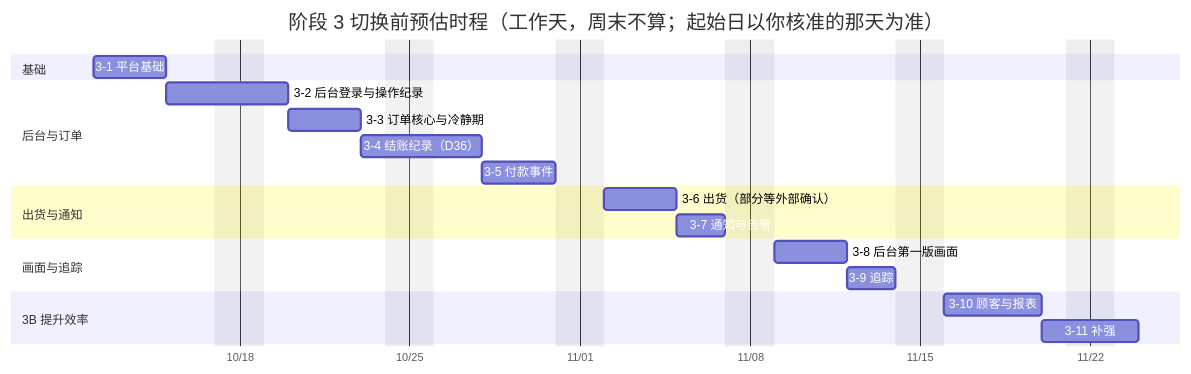
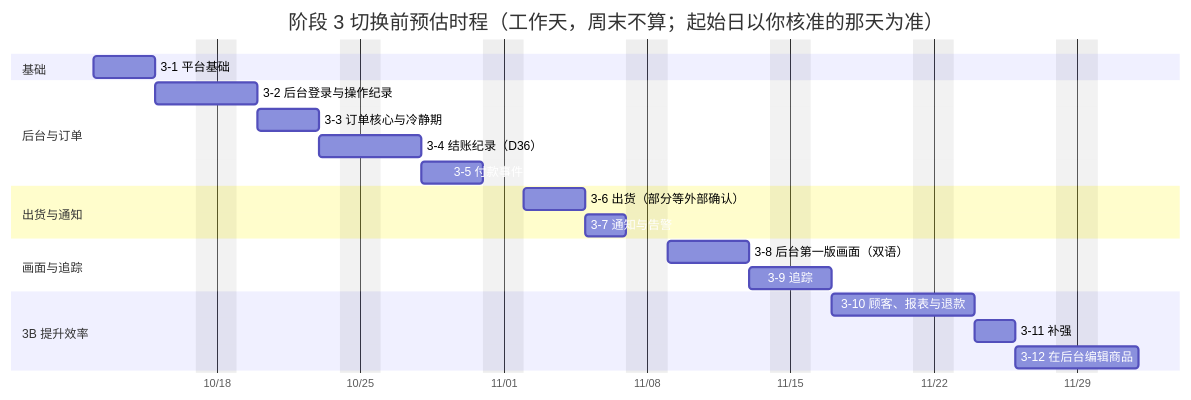
Before and after one commit to WADEYEH/shopapgo: the sixth of 6 diagrams in docs/design/phase3-plan.md, drawn with Mermaid. The commit also changed other lines of this file and 4 other files, not shown here.

````diff
--- a/docs/design/phase3-plan.md
+++ b/docs/design/phase3-plan.md
@@ -354,23 +359,24 @@
 ```mermaid
 gantt
   title 阶段 3 切换前预估时程（工作天，周末不算；起始日以你核准的那天为准）
   dateFormat YYYY-MM-DD
   axisFormat %m/%d
   excludes weekends
   section 基础
   3-1 平台基础             :p1, 2026-10-12, 3d
   section 后台与订单
   3-2 后台登录与操作纪录     :p2, after p1, 3d
   3-3 订单核心与冷静期       :p3, after p2, 3d
   3-4 结账纪录（D36）        :p4, after p3, 3d
   3-5 付款事件              :p5, after p4, 3d
   section 出货与通知
   3-6 出货（部分等外部确认）  :p6, after p5, 3d
   3-7 通知与告警            :p7, after p6, 2d
   section 画面与追踪
-  3-8 后台第一版画面         :p8, after p7, 3d
+  3-8 后台第一版画面（双语） :p8, after p7, 4d
   3-9 追踪                 :p9, after p8, 2d
   section 3B 提升效率
-  3-10 顾客与报表           :p10, after p9, 4d
+  3-10 顾客、报表与退款      :p10, after p9, 5d
   3-11 补强                :p11, after p10, 2d
+  3-12 在后台编辑商品        :p12, after p11, 4d
 ```
````
